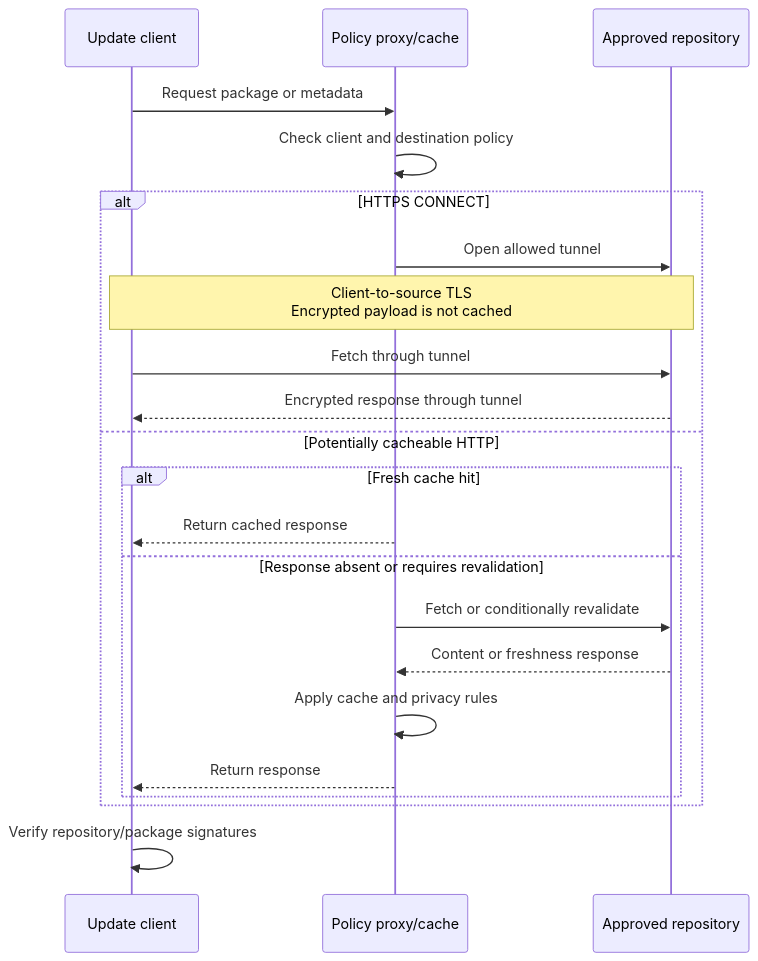
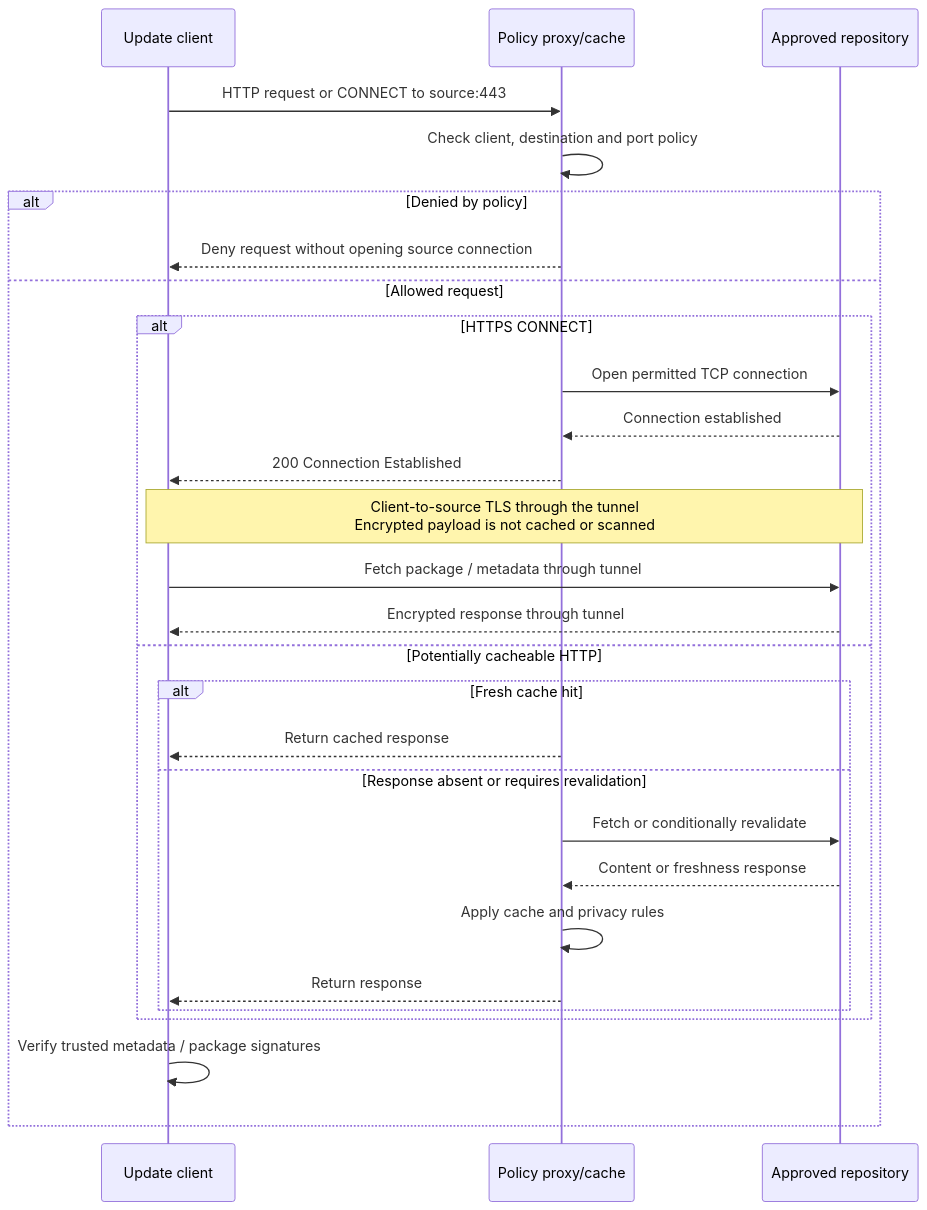
One commit to Rexus/homelab changed the second of 2 diagrams in docs/01-architecture/07-software-intake/README.md. Above: the diagram before and after it, drawn with Mermaid. The commit also changed other lines of this file and 279 other files, not shown here.

````diff
--- a/docs/01-architecture/07-software-intake/README.md
+++ b/docs/01-architecture/07-software-intake/README.md
@@ -86,24 +78,30 @@
 ```mermaid
 sequenceDiagram
   participant Client as Update client
   participant Proxy as Policy proxy/cache
   participant Source as Approved repository
-  Client->>Proxy: Request package or metadata
-  Proxy->>Proxy: Check client and destination policy
-  alt HTTPS CONNECT
-    Proxy->>Source: Open allowed tunnel
-    Note over Client,Source: Client-to-source TLS<br/>Encrypted payload is not cached
-    Client->>Source: Fetch through tunnel
-    Source-->>Client: Encrypted response through tunnel
-  else Potentially cacheable HTTP
-    alt Fresh cache hit
-      Proxy-->>Client: Return cached response
-    else Response absent or requires revalidation
-      Proxy->>Source: Fetch or conditionally revalidate
-      Source-->>Proxy: Content or freshness response
-      Proxy->>Proxy: Apply cache and privacy rules
-      Proxy-->>Client: Return response
+  Client->>Proxy: HTTP request or CONNECT to source:443
+  Proxy->>Proxy: Check client, destination and port policy
+  alt Denied by policy
+    Proxy-->>Client: Deny request without opening source connection
+  else Allowed request
+    alt HTTPS CONNECT
+      Proxy->>Source: Open permitted TCP connection
+      Source-->>Proxy: Connection established
+      Proxy-->>Client: 200 Connection Established
+      Note over Client,Source: Client-to-source TLS through the tunnel<br/>Encrypted payload is not cached or scanned
+      Client->>Source: Fetch package / metadata through tunnel
+      Source-->>Client: Encrypted response through tunnel
+    else Potentially cacheable HTTP
+      alt Fresh cache hit
+        Proxy-->>Client: Return cached response
+      else Response absent or requires revalidation
+        Proxy->>Source: Fetch or conditionally revalidate
+        Source-->>Proxy: Content or freshness response
+        Proxy->>Proxy: Apply cache and privacy rules
+        Proxy-->>Client: Return response
+      end
     end
+    Client->>Client: Verify trusted metadata / package signatures
   end
-  Client->>Client: Verify repository/package signatures
 ```
````
